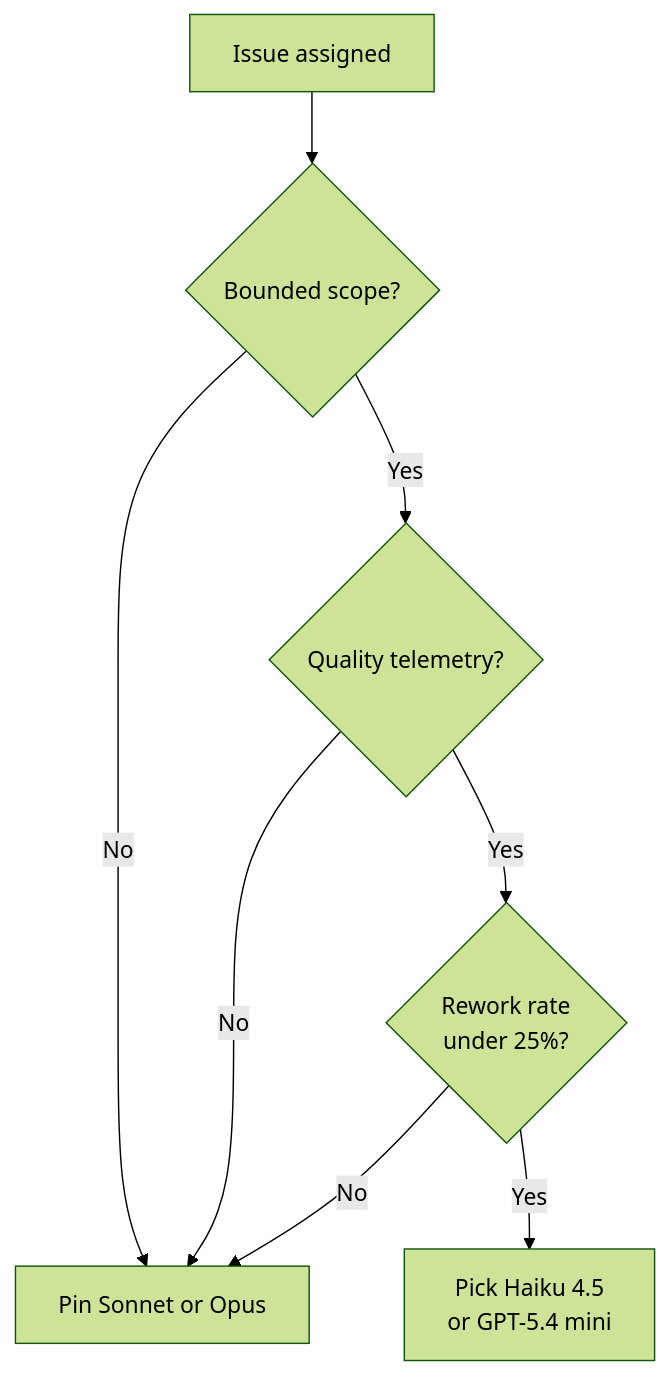
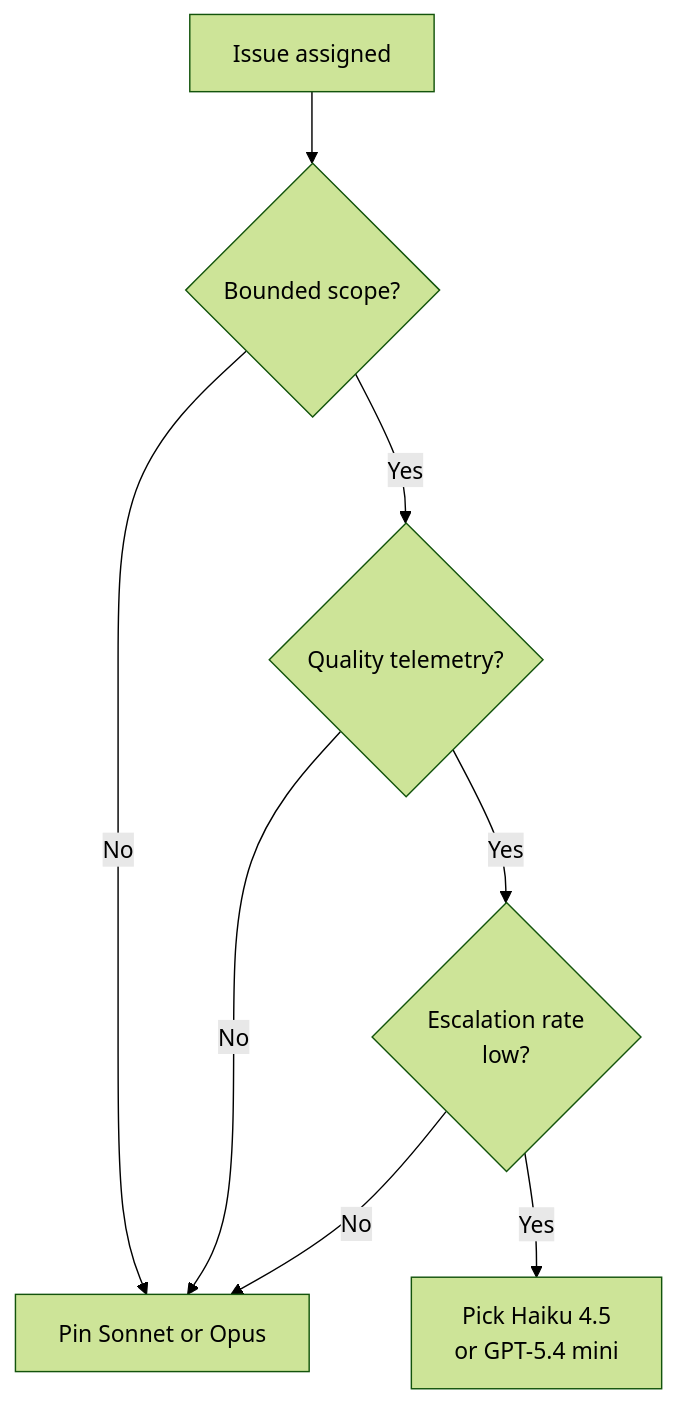
The second of 4 diagrams in patterns/agent-design/auto-model-selection.md (agentpatterns-ai/website), drawn with Mermaid (forest theme) before and after one commit. The commit also changed other lines of this file and 373 other files, not shown here.

````diff
--- a/patterns/agent-design/auto-model-selection.md
+++ b/patterns/agent-design/auto-model-selection.md
@@ -113,10 +107,10 @@
 ```mermaid
 graph TD
     I[Issue assigned] --> S{Bounded scope?}
     S -->|No| F[Pin Sonnet or Opus]
     S -->|Yes| T{Quality telemetry?}
     T -->|No| F
-    T -->|Yes| R{Rework rate<br>under 25%?}
+    T -->|Yes| R{Escalation rate<br>low?}
     R -->|No| F
     R -->|Yes| C[Pick Haiku 4.5<br>or GPT-5.4 mini]
 ```
````
